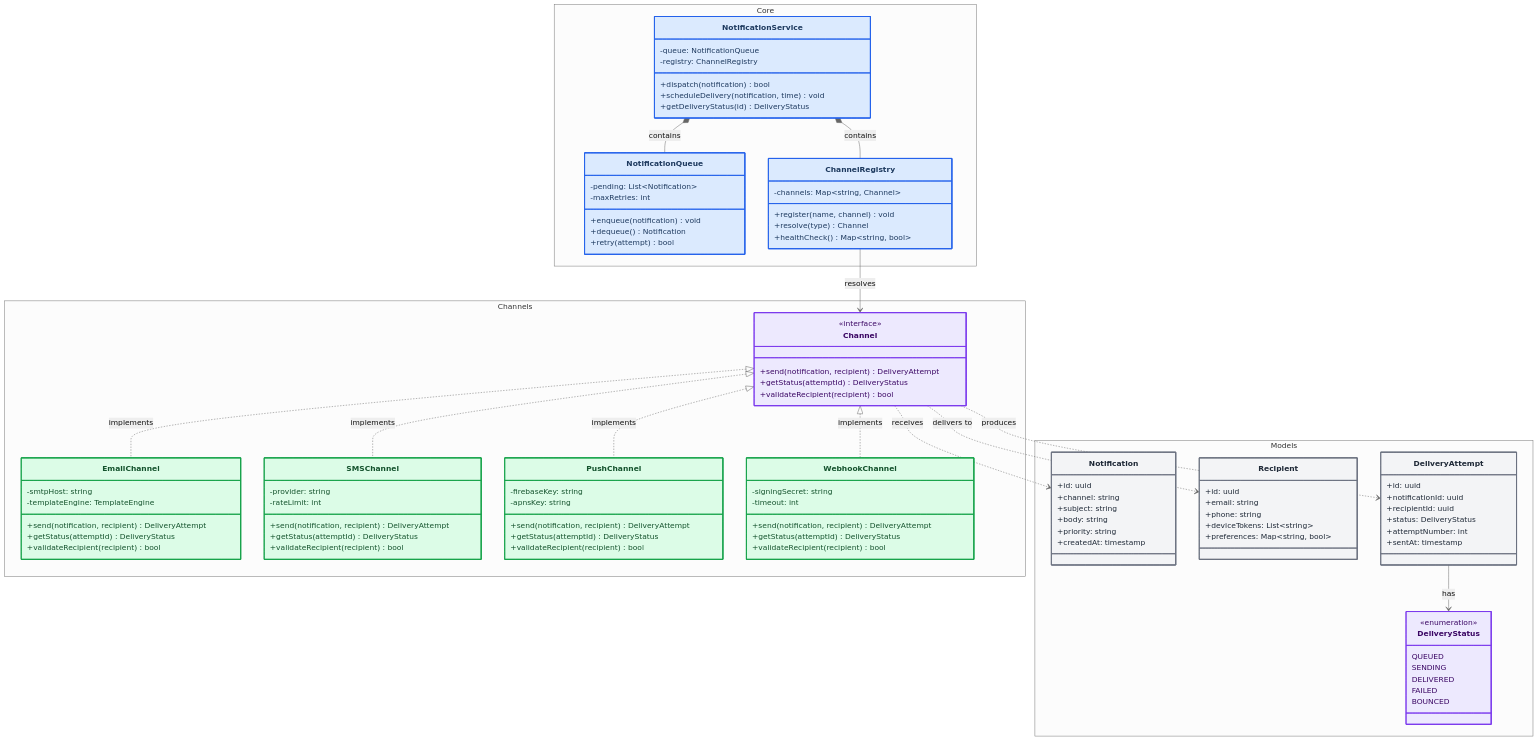
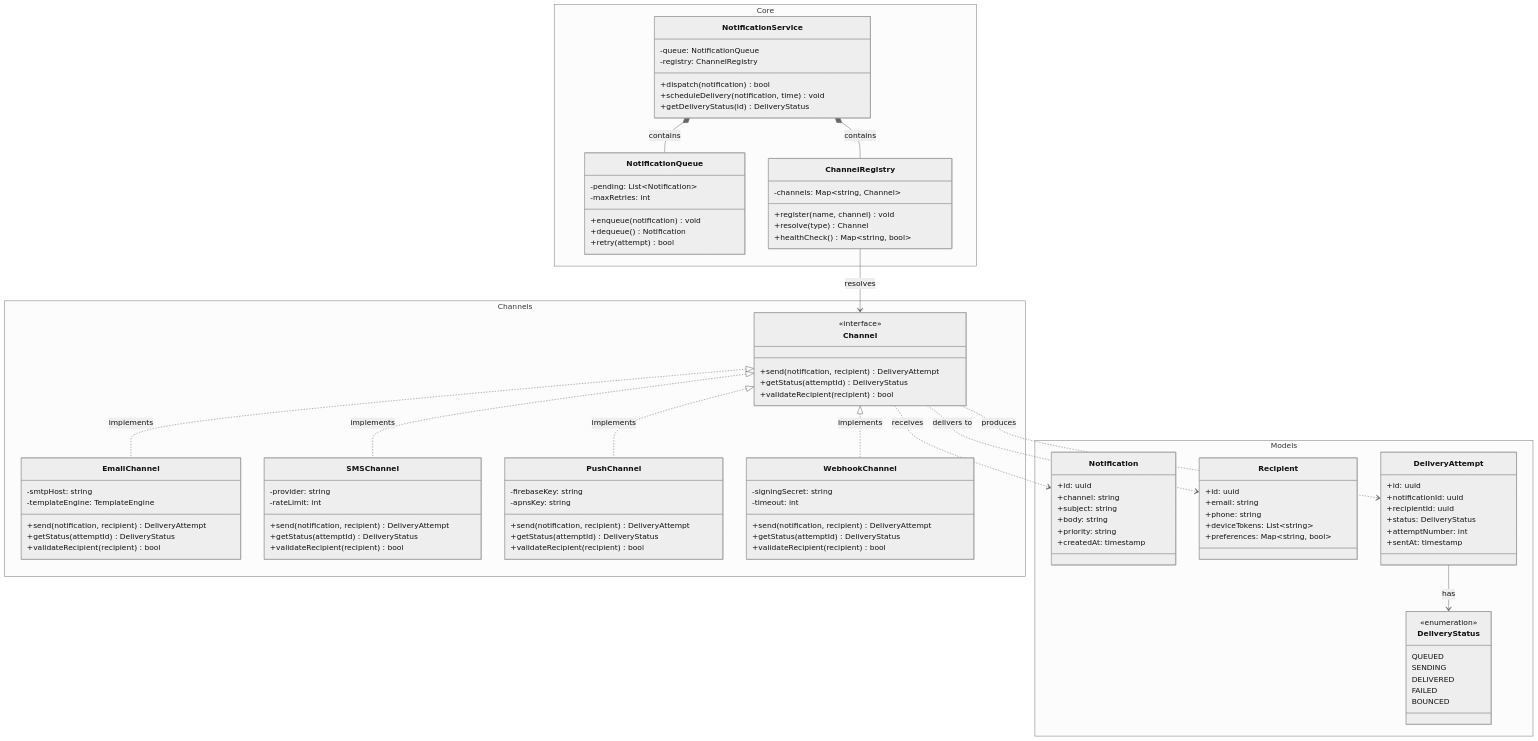
One commit to AlterLab-IEU/AlterLab-Academic-Skills changed the third of 3 diagrams in skills/visualization/alterlab-mermaid/references/diagrams_class.md. Above: the diagram before and after it, drawn with Mermaid (neutral theme). The commit also changed other lines of this file and 819 other files, not shown here.

````diff
--- a/skills/visualization/alterlab-mermaid/references/diagrams_class.md
+++ b/skills/visualization/alterlab-mermaid/references/diagrams_class.md
@@ -225,16 +228,13 @@
 
     DeliveryAttempt --> DeliveryStatus : has
 
-    style Channel fill:#ede9fe,stroke:#7c3aed,stroke-width:2px,color:#3b0764
-    style DeliveryStatus fill:#ede9fe,stroke:#7c3aed,stroke-width:2px,color:#3b0764
-    style NotificationService fill:#dbeafe,stroke:#2563eb,stroke-width:2px,color:#1e3a5f
-    style NotificationQueue fill:#dbeafe,stroke:#2563eb,stroke-width:2px,color:#1e3a5f
-    style ChannelRegistry fill:#dbeafe,stroke:#2563eb,stroke-width:2px,color:#1e3a5f
-    style EmailChannel fill:#dcfce7,stroke:#16a34a,stroke-width:2px,color:#14532d
-    style SMSChannel fill:#dcfce7,stroke:#16a34a,stroke-width:2px,color:#14532d
-    style PushChannel fill:#dcfce7,stroke:#16a34a,stroke-width:2px,color:#14532d
-    style WebhookChannel fill:#dcfce7,stroke:#16a34a,stroke-width:2px,color:#14532d
-    style Notification fill:#f3f4f6,stroke:#6b7280,stroke-width:2px,color:#1f2937
-    style Recipient fill:#f3f4f6,stroke:#6b7280,stroke-width:2px,color:#1f2937
-    style DeliveryAttempt fill:#f3f4f6,stroke:#6b7280,stroke-width:2px,color:#1f2937
+    classDef iface fill:#ede9fe,stroke:#7c3aed,stroke-width:2px,color:#3b0764
+    classDef core fill:#dbeafe,stroke:#2563eb,stroke-width:2px,color:#1e3a5f
+    classDef impl fill:#dcfce7,stroke:#16a34a,stroke-width:2px,color:#14532d
+    classDef model fill:#f3f4f6,stroke:#6b7280,stroke-width:2px,color:#1f2937
+
+    cssClass "Channel,DeliveryStatus" iface
+    cssClass "NotificationService,NotificationQueue,ChannelRegistry" core
+    cssClass "EmailChannel,SMSChannel,PushChannel,WebhookChannel" impl
+    cssClass "Notification,Recipient,DeliveryAttempt" model
 ```
````
